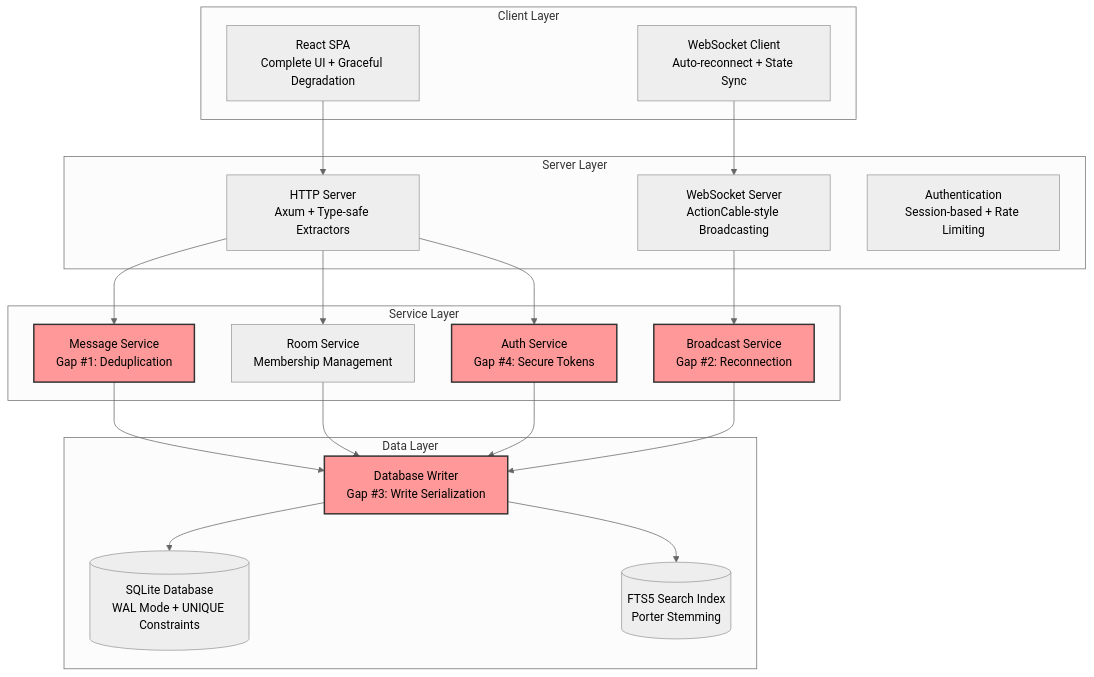
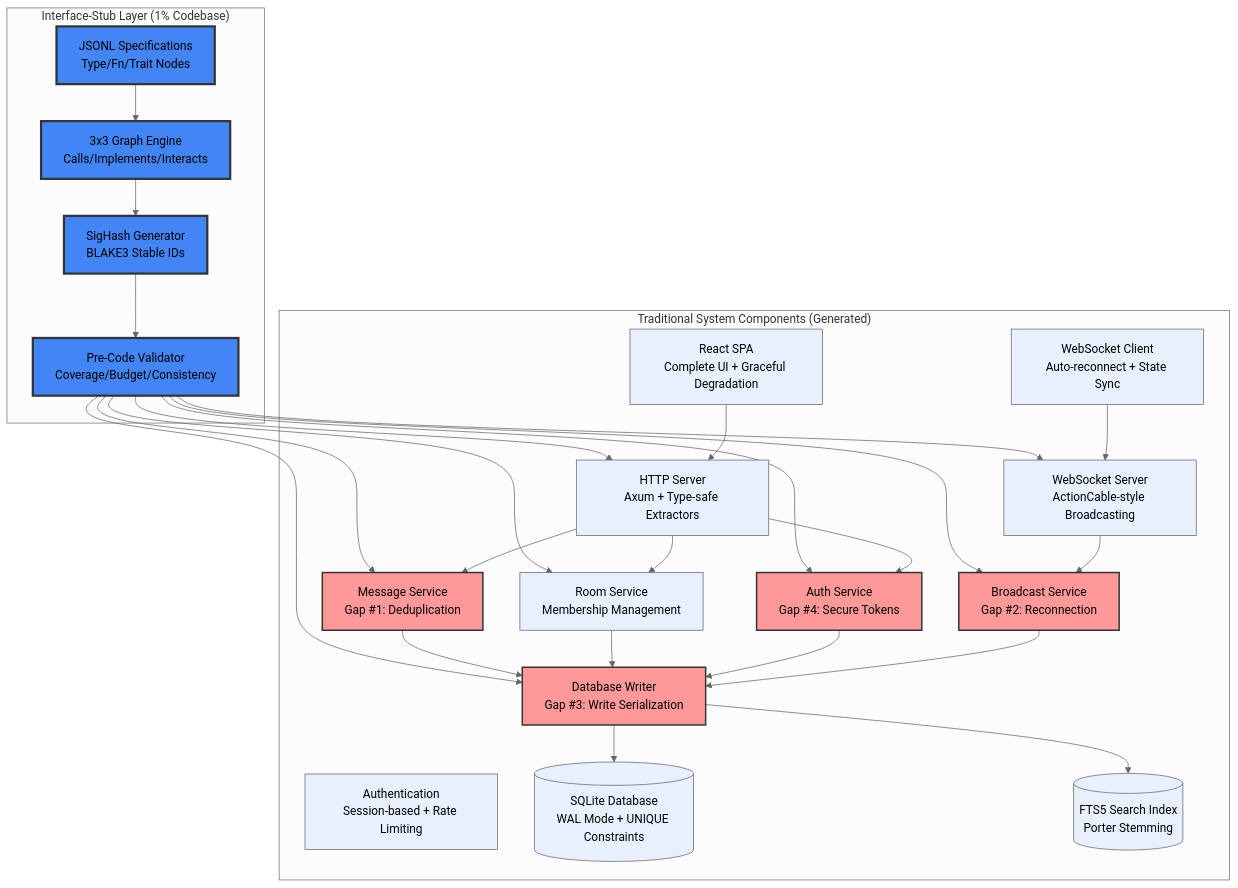
The first of 4 diagrams in .kiro/specs/campfire-rust-rewrite/architecture.md (that-in-rust/campfire-on-rust), drawn with Mermaid (neutral theme) before and after one commit. The commit also changed other lines of this file and 1 other file, not shown here.

````diff
--- a/.kiro/specs/campfire-rust-rewrite/architecture.md
+++ b/.kiro/specs/campfire-rust-rewrite/architecture.md
@@ -20,42 +21,58 @@
 ```mermaid
 graph TB
-    subgraph "Client Layer"
+    subgraph "Interface-Stub Layer (1% Codebase)"
+        SpecStore[JSONL Specifications<br/>Type/Fn/Trait Nodes]
+        GraphEngine[3x3 Graph Engine<br/>Calls/Implements/Interacts]
+        SigHashGen[SigHash Generator<br/>BLAKE3 Stable IDs]
+        Validator[Pre-Code Validator<br/>Coverage/Budget/Consistency]
+    end
+
+    subgraph "Traditional System Components (Generated)"
         React[React SPA<br/>Complete UI + Graceful Degradation]
         WS_Client[WebSocket Client<br/>Auto-reconnect + State Sync]
-    end
-    
-    subgraph "Server Layer"
         HTTP[HTTP Server<br/>Axum + Type-safe Extractors]
         WS_Server[WebSocket Server<br/>ActionCable-style Broadcasting]
         Auth[Authentication<br/>Session-based + Rate Limiting]
-    end
-    
-    subgraph "Service Layer"
+
         MessageSvc[Message Service<br/>Gap #1: Deduplication]
         RoomSvc[Room Service<br/>Membership Management]
         AuthSvc[Auth Service<br/>Gap #4: Secure Tokens]
         BroadcastSvc[Broadcast Service<br/>Gap #2: Reconnection]
-    end
-    
-    subgraph "Data Layer"
+
         Writer[Database Writer<br/>Gap #3: Write Serialization]
         SQLite[(SQLite Database<br/>WAL Mode + UNIQUE Constraints)]
         FTS5[(FTS5 Search Index<br/>Porter Stemming)]
     end
-    
+
+    SpecStore --> GraphEngine
+    GraphEngine --> SigHashGen
+    SigHashGen --> Validator
+    Validator --> HTTP
+    Validator --> WS_Server
+    Validator --> MessageSvc
+    Validator --> RoomSvc
+    Validator --> AuthSvc
+    Validator --> BroadcastSvc
+    Validator --> Writer
+
     React --> HTTP
     WS_Client --> WS_Server
     HTTP --> MessageSvc
     HTTP --> RoomSvc
     HTTP --> AuthSvc
     WS_Server --> BroadcastSvc
     MessageSvc --> Writer
     RoomSvc --> Writer
     AuthSvc --> Writer
     BroadcastSvc --> Writer
     Writer --> SQLite
     Writer --> FTS5
-    
+
+    classDef interfaceStub fill:#4285F4,stroke:#333,stroke-width:3px
+    classDef generated fill:#e8f0fe,stroke:#666,stroke-width:1px
     classDef criticalGap fill:#ff9999,stroke:#333,stroke-width:2px
+
+    class SpecStore,GraphEngine,SigHashGen,Validator interfaceStub
+    class React,WS_Client,HTTP,WS_Server,Auth,MessageSvc,RoomSvc,AuthSvc,BroadcastSvc,Writer,SQLite,FTS5 generated
     class MessageSvc,BroadcastSvc,Writer,AuthSvc criticalGap
 ```
````
